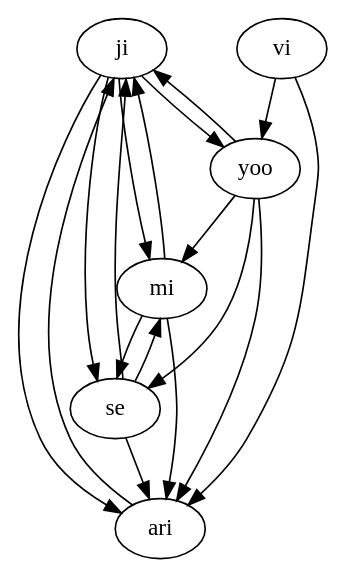
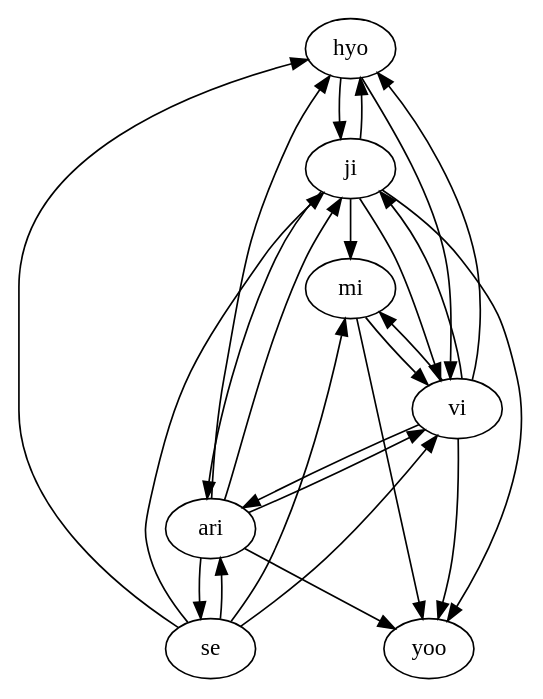
One commit to hannimpeha/WS changed the diagram in src/main/java/resource/awesome.dot. Above: the diagram before and after it, drawn with Graphviz. The commit also changed 10 other files, not shown here.

```diff
--- a/src/main/java/resource/awesome.dot
+++ b/src/main/java/resource/awesome.dot
@@ -1,19 +1,26 @@
 digraph {
+hyo->ji;
+ji->hyo;
+hyo->vi;
+vi->hyo;
+se->hyo;
+ari->hyo;
 ji->yoo;
-yoo->ji;
 ji->mi;
-mi->ji;
-ji->se;
+ji->vi;
+vi->ji;
 se->ji;
 ji->ari;
 ari->ji;
-yoo->mi;
+mi->yoo;
 vi->yoo;
-yoo->se;
-yoo->ari;
-mi->se;
+ari->yoo;
+mi->vi;
+vi->mi;
 se->mi;
-mi->ari;
+se->vi;
 vi->ari;
+ari->vi;
 se->ari;
+ari->se;
 }
```
